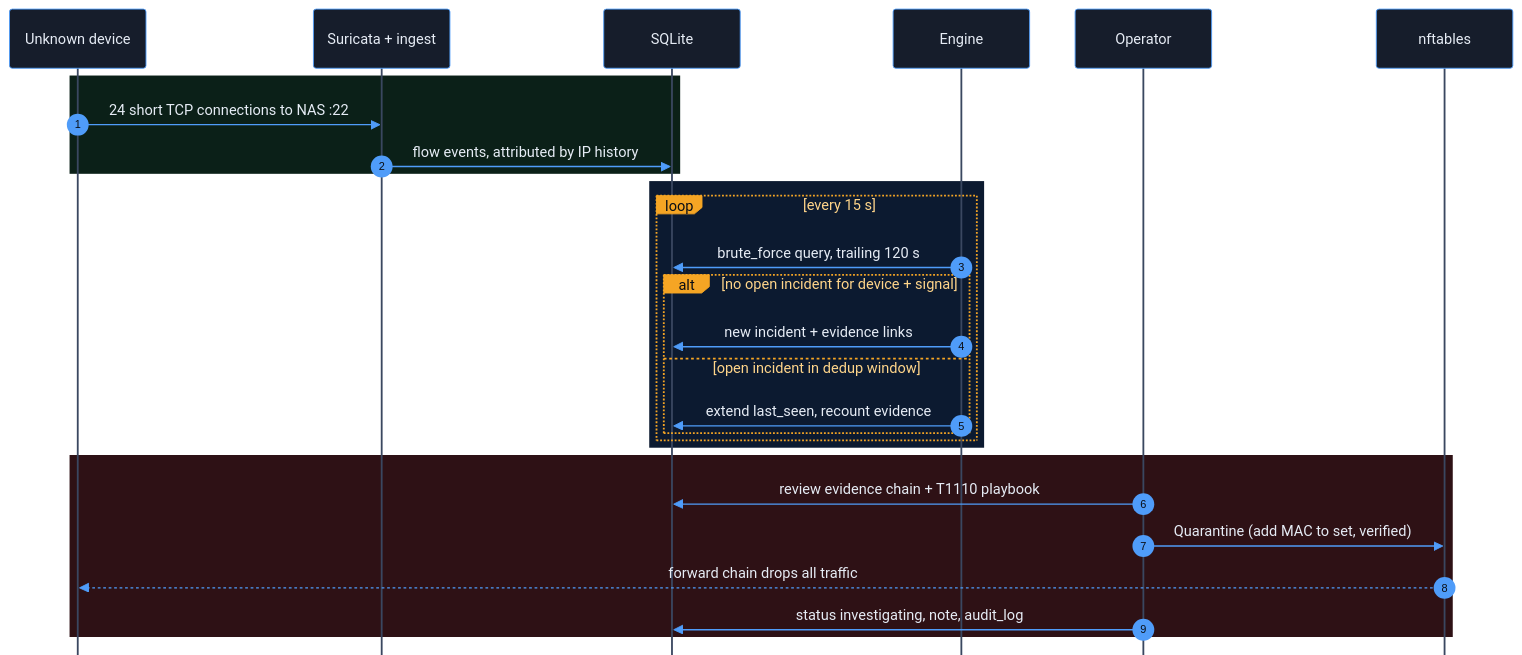
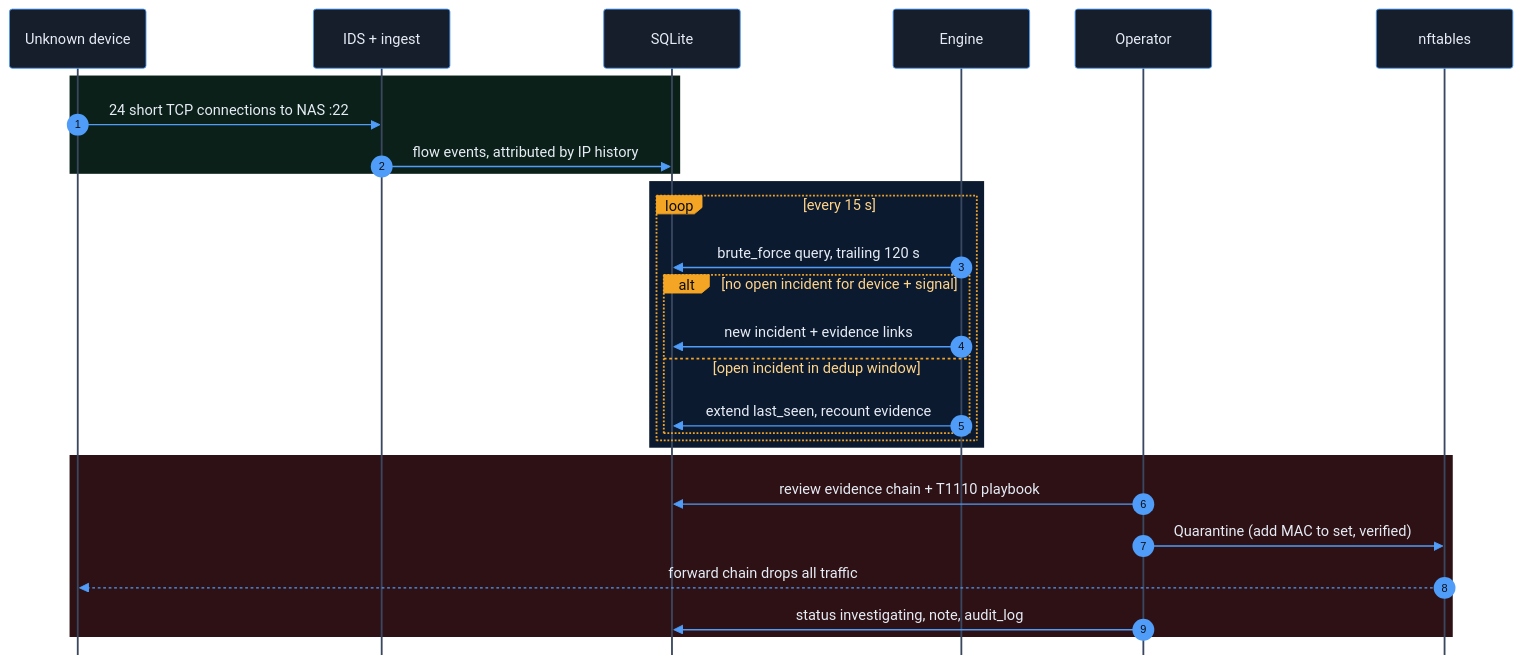
One commit to MaheshwariKushagra/securepi-gateway changed the third of 7 diagrams in README.md. Above: the diagram before and after it, drawn with Mermaid. The commit also changed other lines of this file and 61 other files, not shown here.

````diff
--- a/README.md
+++ b/README.md
@@ -308,32 +308,32 @@
 ```mermaid
 %%{init: {'theme':'base','themeVariables':{'actorBkg':'#161d2b','actorBorder':'#4f9cf9','actorTextColor':'#e6ecf5','actorLineColor':'#3a4760','signalColor':'#4f9cf9','signalTextColor':'#e6ecf5','sequenceNumberColor':'#0a0e15','labelBoxBkgColor':'#f5a524','labelBoxBorderColor':'#f5a524','labelTextColor':'#0a0e15','loopTextColor':'#ffd58a','noteBkgColor':'#2e2210','noteTextColor':'#ffe9c2','noteBorderColor':'#f5a524','primaryColor':'#161d2b','primaryTextColor':'#e6ecf5','lineColor':'#4f9cf9'},'sequence':{'mirrorActors':false,'messageMargin':34,'boxMargin':8}}}%%
 sequenceDiagram
     autonumber
     participant A as Unknown device
-    participant S as Suricata + ingest
+    participant S as IDS + ingest
     participant D as SQLite
     participant E as Engine
     participant O as Operator
     participant N as nftables
 
     rect rgb(11, 32, 24)
     A->>S: 24 short TCP connections to NAS :22
     S->>D: flow events, attributed by IP history
     end
     rect rgb(12, 26, 48)
     loop every 15 s
         E->>D: brute_force query, trailing 120 s
         alt no open incident for device + signal
             E->>D: new incident + evidence links
         else open incident in dedup window
             E->>D: extend last_seen, recount evidence
         end
     end
     end
     rect rgb(46, 17, 21)
     O->>D: review evidence chain + T1110 playbook
     O->>N: Quarantine (add MAC to set, verified)
     N-->>A: forward chain drops all traffic
     O->>D: status investigating, note, audit_log
     end
 ```
````
